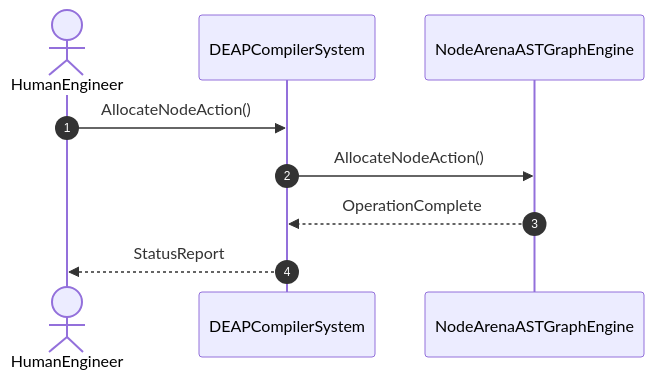
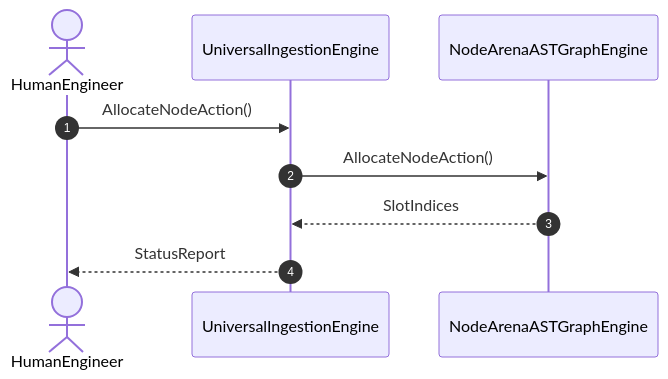
One commit to gintatkinson/dumpiler-01 changed the diagram in docs/user-stories/US-03-AllocateNodeAction.md. Above: the diagram before and after it, drawn with Mermaid. The commit also changed other lines of this file and 45 other files, not shown here.

````diff
--- a/docs/user-stories/US-03-AllocateNodeAction.md
+++ b/docs/user-stories/US-03-AllocateNodeAction.md
@@ -16,11 +16,11 @@
 ```mermaid
 sequenceDiagram
     autonumber
     actor HumanEngineer
-    participant DEAPCompilerSystem
+    participant UniversalIngestionEngine
     participant NodeArenaASTGraphEngine
-    HumanEngineer->>DEAPCompilerSystem: AllocateNodeAction()
-    DEAPCompilerSystem->>NodeArenaASTGraphEngine: AllocateNodeAction()
-    NodeArenaASTGraphEngine-->>DEAPCompilerSystem: OperationComplete
-    DEAPCompilerSystem-->>HumanEngineer: StatusReport
+    HumanEngineer->>UniversalIngestionEngine: AllocateNodeAction()
+    UniversalIngestionEngine->>NodeArenaASTGraphEngine: AllocateNodeAction()
+    NodeArenaASTGraphEngine-->>UniversalIngestionEngine: SlotIndices
+    UniversalIngestionEngine-->>HumanEngineer: StatusReport
 ```
````
